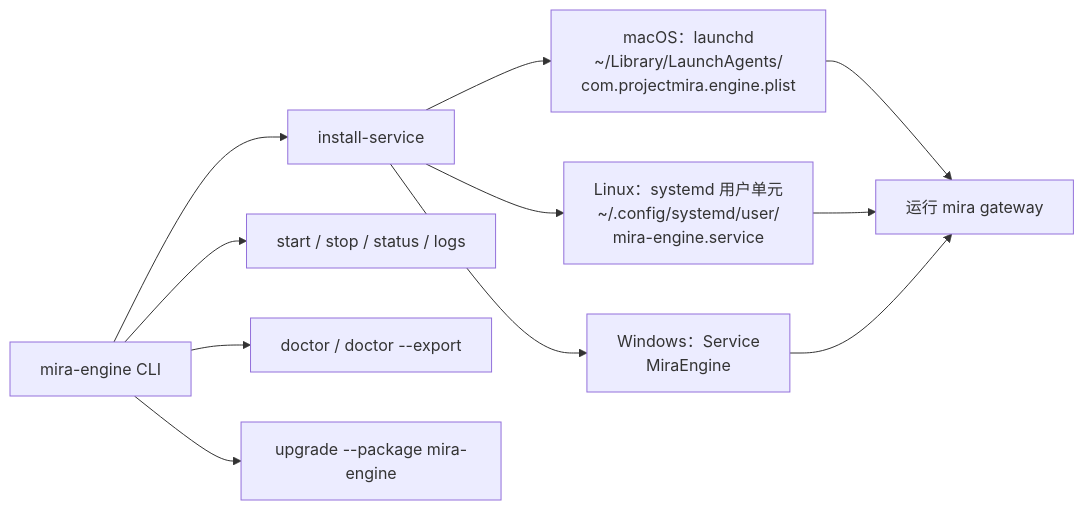
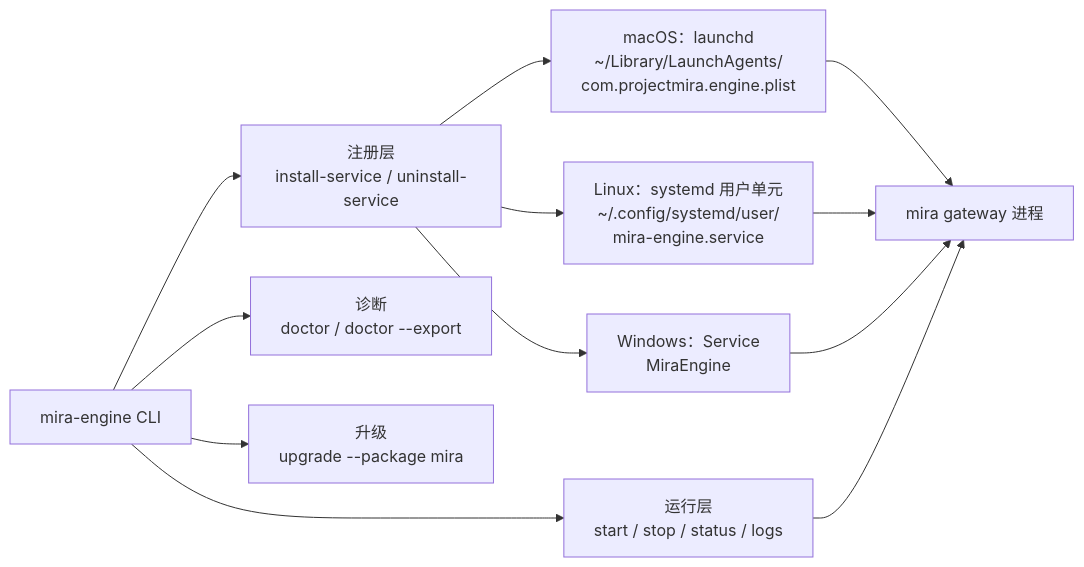
One commit to MIRA-Intelligence/mira-docs changed the first of 3 diagrams in docs/deployment/local-engine-service.md. Above: the diagram before and after it, drawn with Mermaid. The commit also changed other lines of this file and 1 other file, not shown here.

First line of the commit message:
docs(deploy): clarify mira-engine install vs start/stop and how to apply config changes (#2)

````diff
--- a/docs/deployment/local-engine-service.md
+++ b/docs/deployment/local-engine-service.md
@@ -15,15 +15,18 @@
 ```mermaid
 flowchart LR
-    Cli[mira-engine CLI] --> Install[install-service]
-    Install --> mac["macOS：launchd<br/>~/Library/LaunchAgents/<br/>com.projectmira.engine.plist"]
-    Install --> linux["Linux：systemd 用户单元<br/>~/.config/systemd/user/<br/>mira-engine.service"]
-    Install --> win["Windows：Service<br/>MiraEngine"]
+    Cli[mira-engine CLI]
 
-    Cli --> Lifecycle[start / stop / status / logs]
-    Cli --> Doctor[doctor / doctor --export]
-    Cli --> Up[upgrade --package mira-engine]
+    Cli --> Reg["注册层<br/>install-service / uninstall-service"]
+    Reg --> mac["macOS：launchd<br/>~/Library/LaunchAgents/<br/>com.projectmira.engine.plist"]
+    Reg --> linux["Linux：systemd 用户单元<br/>~/.config/systemd/user/<br/>mira-engine.service"]
+    Reg --> win["Windows：Service<br/>MiraEngine"]
 
-    mac --> Run[运行 mira gateway]
+    Cli --> Life["运行层<br/>start / stop / status / logs"]
+    Cli --> Doctor["诊断<br/>doctor / doctor --export"]
+    Cli --> Up["升级<br/>upgrade --package mira"]
+
+    mac --> Run[mira gateway 进程]
     linux --> Run
     win --> Run
+    Life --> Run
 ```
````
